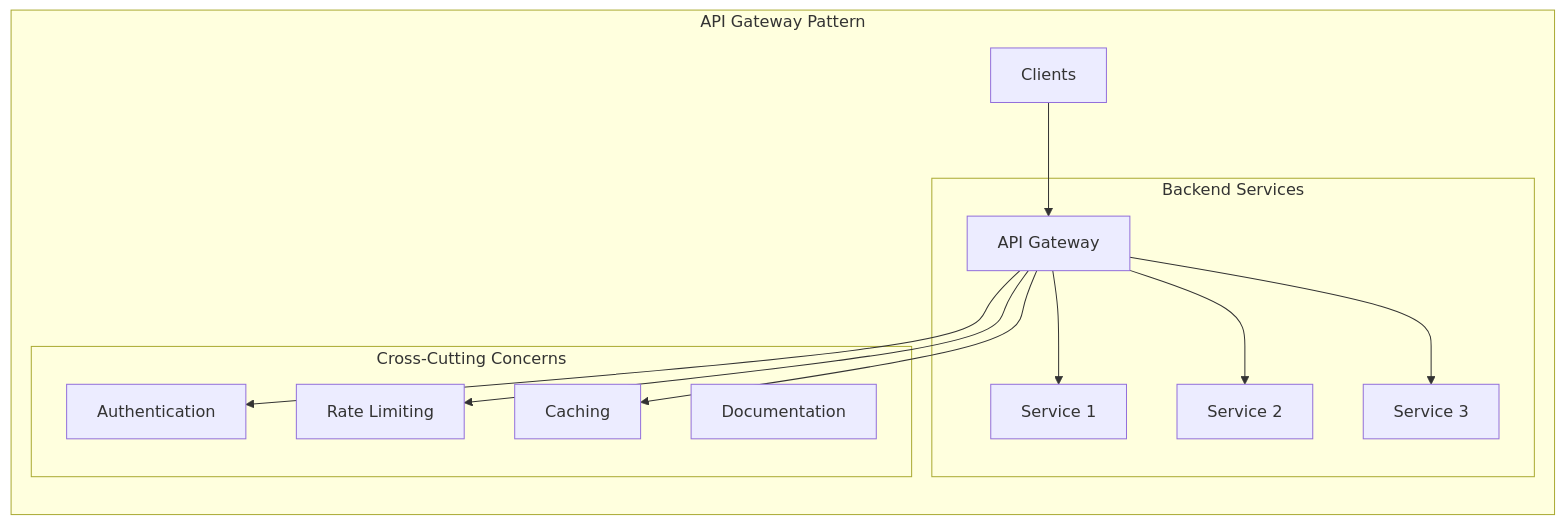
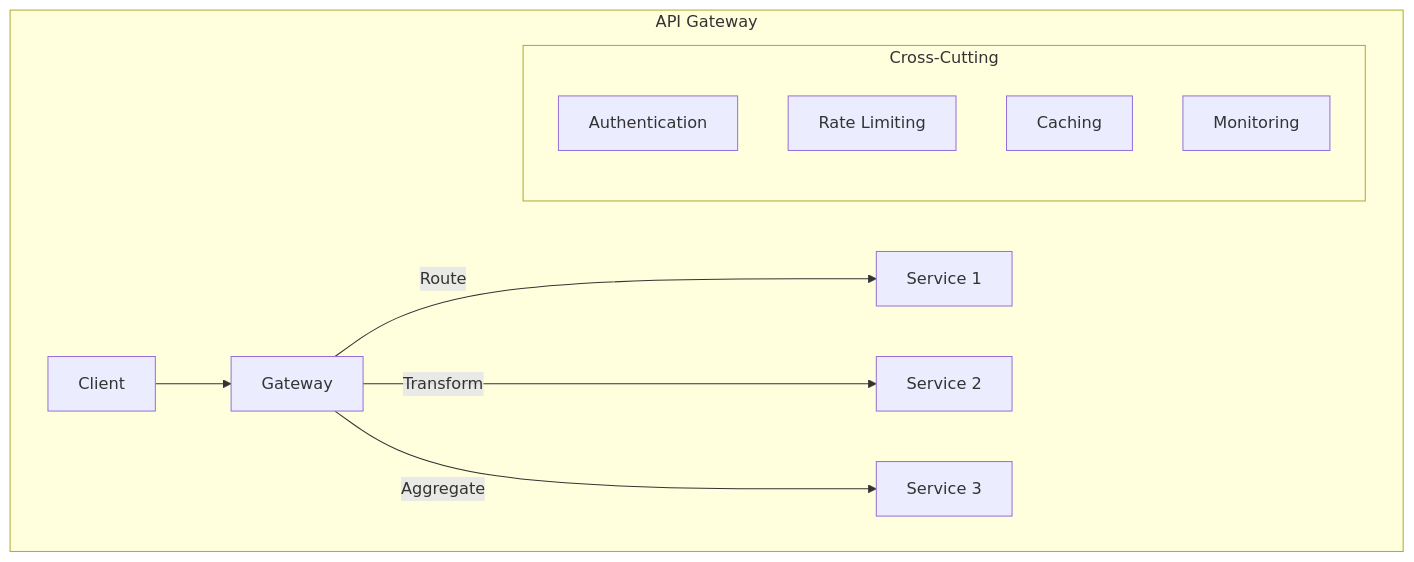
One commit to saravanakumarrc/Architecture_Journey changed the fifth of 6 diagrams in src/API_Design_Concepts.md. Above: the diagram before and after it, drawn with Mermaid. The commit also changed other lines of this file and 4 other files, not shown here.

First line of the commit message:
Refactor Serverless Architecture Patterns and Testing Best Practices documentation

````diff
--- a/src/API_Design_Concepts.md
+++ b/src/API_Design_Concepts.md
@@ -259,25 +151,16 @@
 ```mermaid
 graph TB
-    subgraph "API Gateway Pattern"
-        direction TB
+    subgraph "API Gateway"
+        C[Client] --> G[Gateway]
+        G --> |Route| S1[Service 1]
+        G --> |Transform| S2[Service 2]
+        G --> |Aggregate| S3[Service 3]
         
-        C[Clients] --> GW[API Gateway]
-        
-        subgraph "Backend Services"
-            GW --> S1[Service 1]
-            GW --> S2[Service 2]
-            GW --> S3[Service 3]
+        subgraph "Cross-Cutting"
+            AU[Authentication]
+            RL[Rate Limiting]
+            CA[Caching]
+            MO[Monitoring]
         end
-        
-        subgraph "Cross-Cutting Concerns"
-            AU[Authentication]
-            RB[Rate Limiting]
-            CA[Caching]
-            DC[Documentation]
-        end
-        
-        GW --> AU
-        GW --> RB
-        GW --> CA
     end
 ```
````
